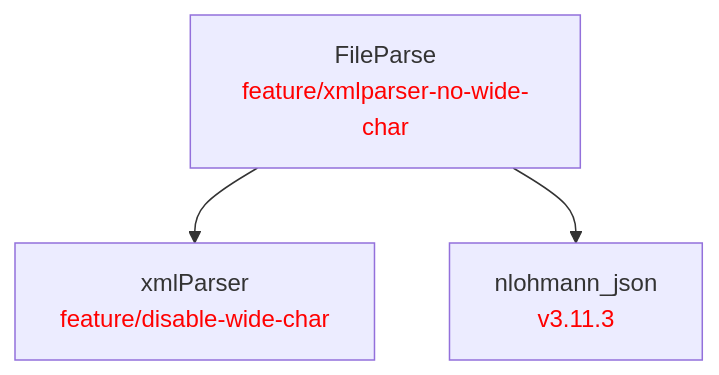
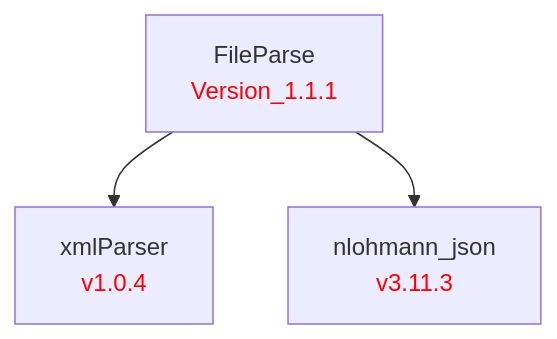
One commit to LBNL-ETA/FileParse changed the diagram in doc/FileParse.md. Above: the diagram before and after it, drawn with Mermaid.

Commit message:
Update dependency chart with release tags

````diff
--- a/doc/FileParse.md
+++ b/doc/FileParse.md
@@ -1,11 +1,11 @@
 ```mermaid
 graph TD
     %% Package definitions
-    xmlParser[xmlParser<br/><font color='red'>feature/disable-wide-char</font>]
+    xmlParser[xmlParser<br/><font color='red'>v1.0.4</font>]
     nlohmann_json[nlohmann_json<br/><font color='red'>v3.11.3</font>]
-    FileParse[FileParse<br/><font color='red'>feature/xmlparser-no-wide-char</font>]
+    FileParse[FileParse<br/><font color='red'>Version_1.1.1</font>]
 
     %% Package relations
     FileParse --> xmlParser
     FileParse --> nlohmann_json
 ```
````
